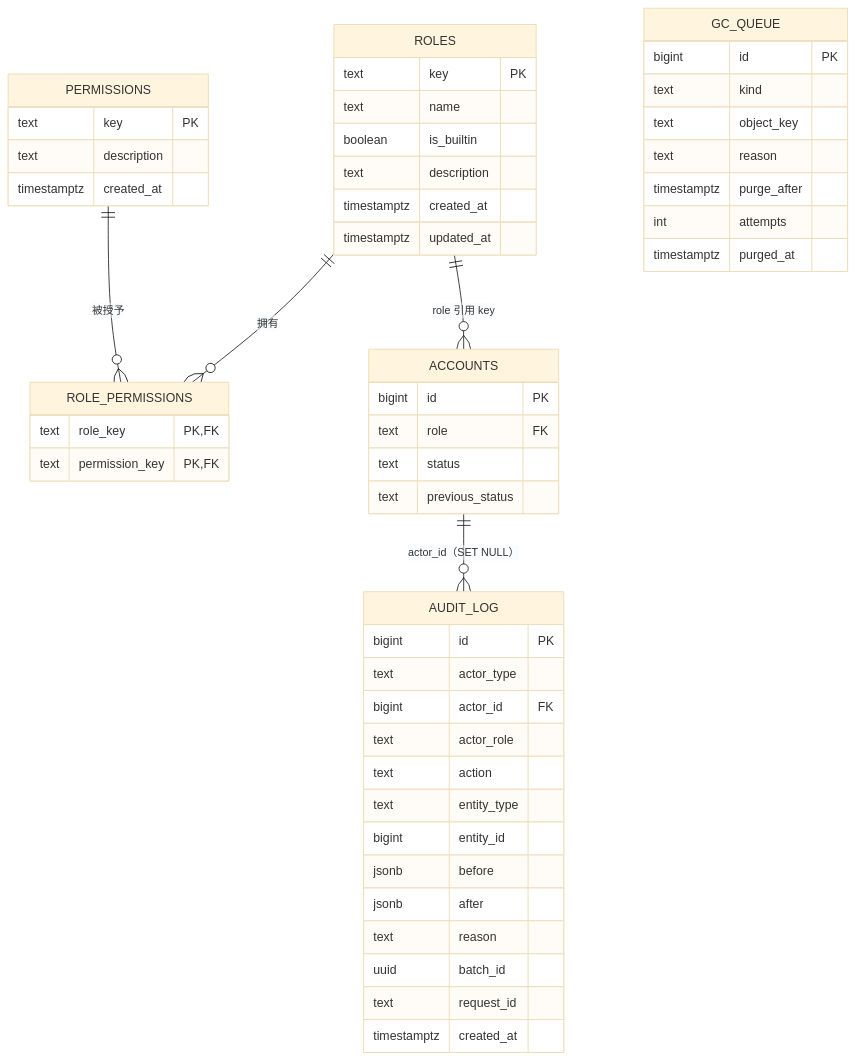
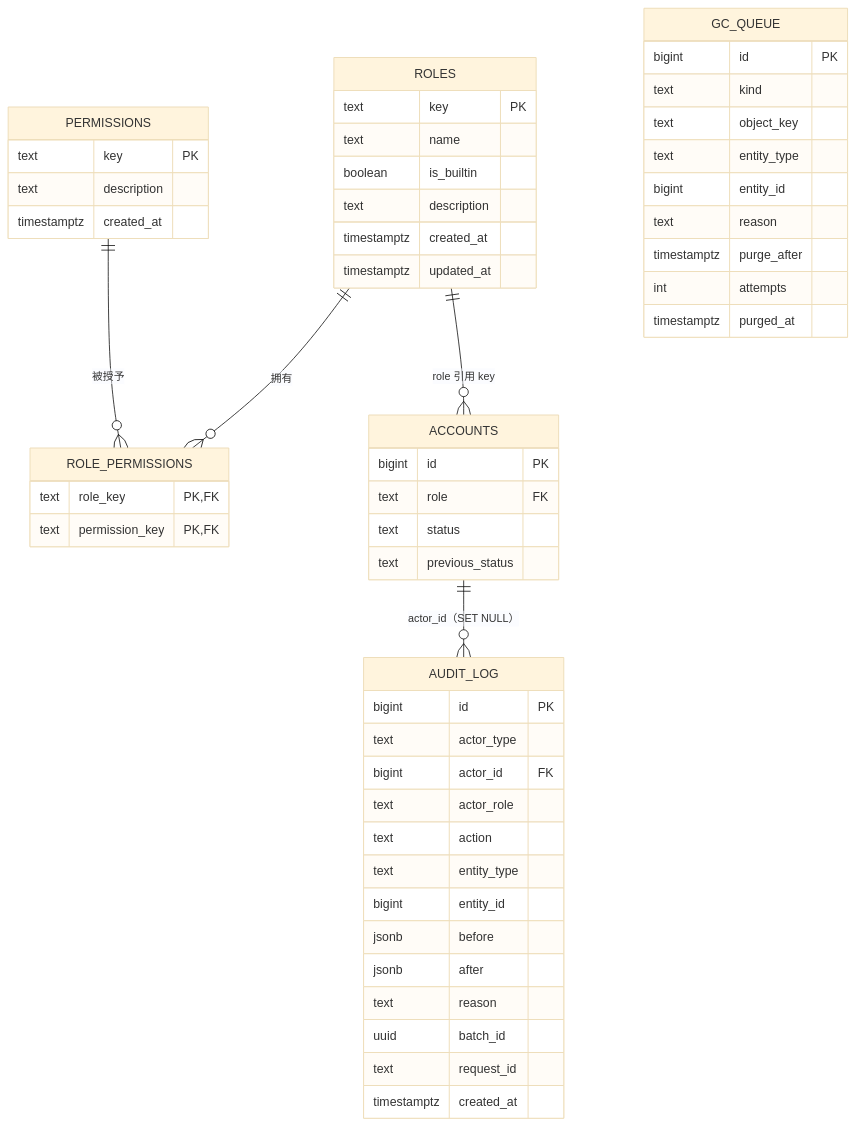
The third of 7 diagrams in docs/治理域设计.md (deepdemos/ds-demos-showcase), drawn with Mermaid (base theme) before and after one commit. The commit also changed other lines of this file, not shown here.

````diff
--- a/docs/治理域设计.md
+++ b/docs/治理域设计.md
@@ -381,55 +392,57 @@
 ```mermaid
 erDiagram
     ROLES {
         text key PK
         text name
         boolean is_builtin
         text description
         timestamptz created_at
         timestamptz updated_at
     }
     PERMISSIONS {
         text key PK
         text description
         timestamptz created_at
     }
     ROLE_PERMISSIONS {
         text role_key PK,FK
         text permission_key PK,FK
     }
     AUDIT_LOG {
         bigint id PK
         text actor_type
         bigint actor_id FK
         text actor_role
         text action
         text entity_type
         bigint entity_id
         jsonb before
         jsonb after
         text reason
         uuid batch_id
         text request_id
         timestamptz created_at
     }
     GC_QUEUE {
         bigint id PK
         text kind
         text object_key
+        text entity_type
+        bigint entity_id
         text reason
         timestamptz purge_after
         int attempts
         timestamptz purged_at
     }
     ACCOUNTS {
         bigint id PK
         text role FK
         text status
         text previous_status
     }
 
     ROLES ||--o{ ROLE_PERMISSIONS : "拥有"
     PERMISSIONS ||--o{ ROLE_PERMISSIONS : "被授予"
     ROLES ||--o{ ACCOUNTS : "role 引用 key"
     ACCOUNTS ||--o{ AUDIT_LOG : "actor_id（SET NULL）"
 ```
````
